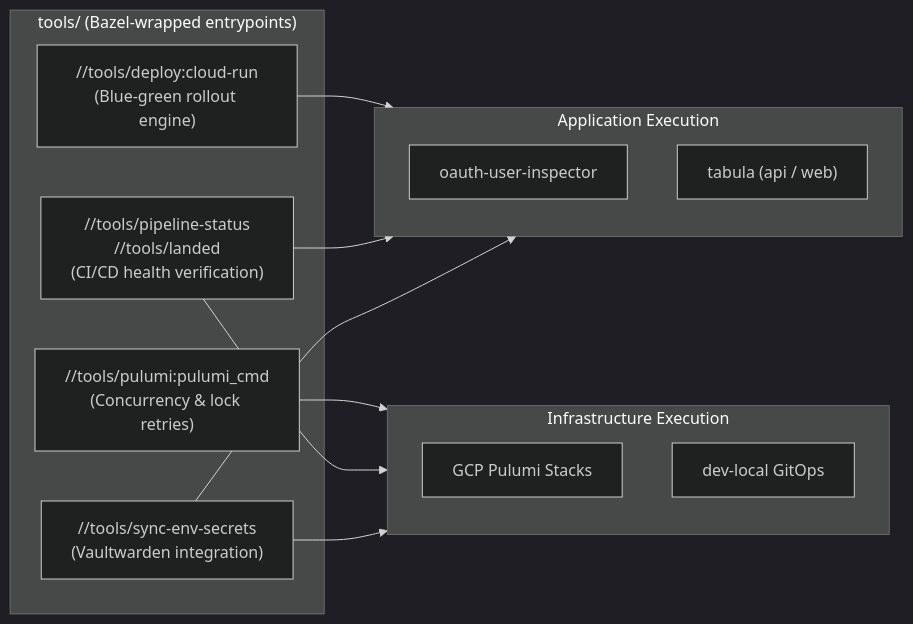
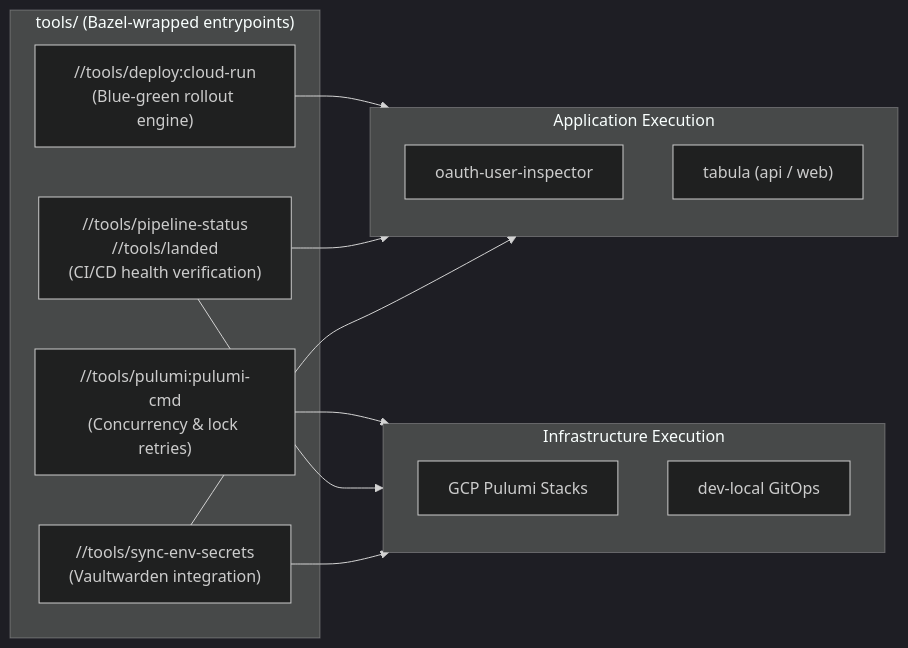
Before and after one commit to VitruvianSoftware/vitruvian-core: the third of 3 diagrams in docs/concepts/monorepo-architecture.md, drawn with Mermaid (dark theme). The commit also changed 47 other files, not shown here.

````diff
--- a/docs/concepts/monorepo-architecture.md
+++ b/docs/concepts/monorepo-architecture.md
@@ -98,24 +98,24 @@
 ```mermaid
 flowchart LR
     subgraph Tooling["tools/ (Bazel-wrapped entrypoints)"]
         DEPLOY["//tools/deploy:cloud-run<br/>(Blue-green rollout engine)"]
-        PULUMI["//tools/pulumi:pulumi_cmd<br/>(Concurrency & lock retries)"]
+        PULUMI["//tools/pulumi:pulumi-cmd<br/>(Concurrency & lock retries)"]
         STATUS["//tools/pipeline-status<br/>//tools/landed<br/>(CI/CD health verification)"]
         SECRETS["//tools/sync-env-secrets<br/>(Vaultwarden integration)"]
     end
 
     subgraph Apps["Application Execution"]
         OAUTH["oauth-user-inspector"]
         TABULA["tabula (api / web)"]
     end
 
     subgraph Infra["Infrastructure Execution"]
         GCP_PULUMI["GCP Pulumi Stacks"]
         GITOPS_K3S["dev-local GitOps"]
     end
 
     DEPLOY --> Apps
     PULUMI --> Infra
     STATUS --> Apps & Infra
     SECRETS --> Apps & Infra
 ```
````
